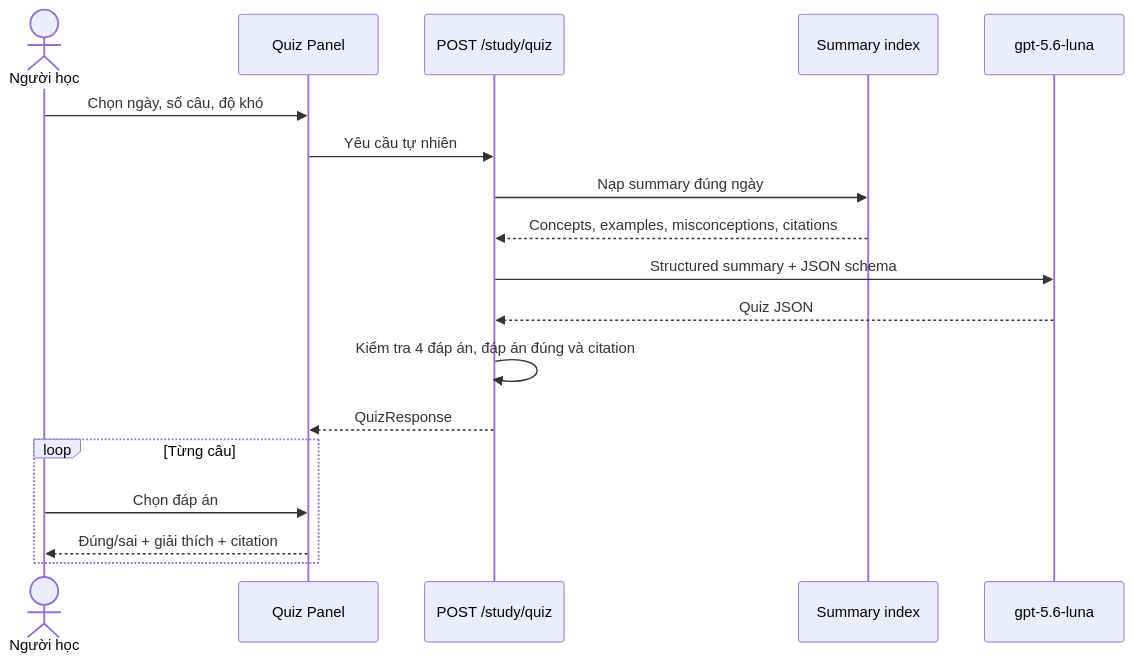
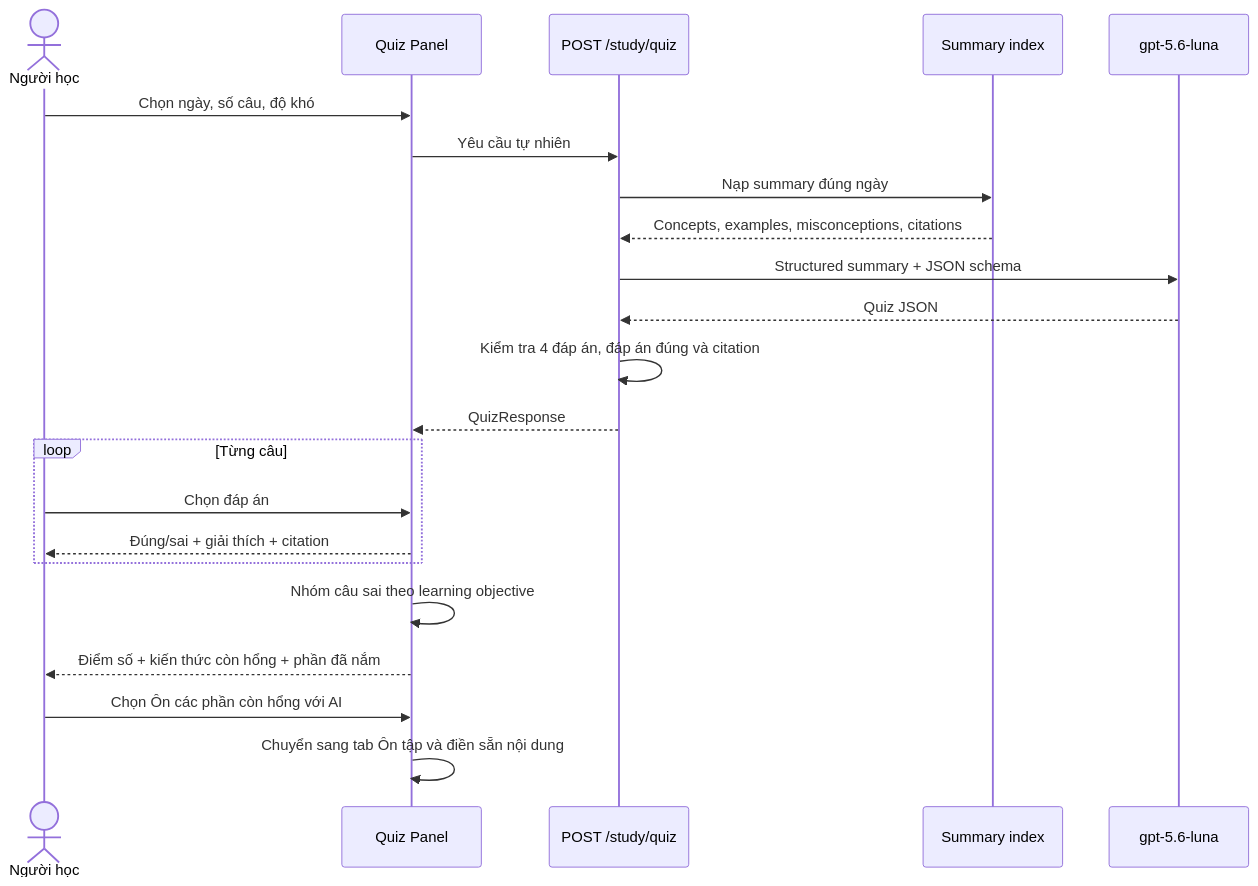
One commit to AhhPamAIVin/K4-hackathon-BaChangLinhNguLam-E403 changed the fifth of 6 diagrams in docs/luong-hoat-dong-3-tinh-nang.md. Above: the diagram before and after it, drawn with Mermaid. The commit also changed 13 other files, not shown here.

````diff
--- a/docs/luong-hoat-dong-3-tinh-nang.md
+++ b/docs/luong-hoat-dong-3-tinh-nang.md
@@ -106,21 +106,25 @@
 ```mermaid
 sequenceDiagram
     actor User as Người học
     participant Panel as Quiz Panel
     participant API as POST /study/quiz
     participant Summary as Summary index
     participant Model as gpt-5.6-luna
 
     User->>Panel: Chọn ngày, số câu, độ khó
     Panel->>API: Yêu cầu tự nhiên
     API->>Summary: Nạp summary đúng ngày
     Summary-->>API: Concepts, examples, misconceptions, citations
     API->>Model: Structured summary + JSON schema
     Model-->>API: Quiz JSON
     API->>API: Kiểm tra 4 đáp án, đáp án đúng và citation
     API-->>Panel: QuizResponse
     loop Từng câu
         User->>Panel: Chọn đáp án
         Panel-->>User: Đúng/sai + giải thích + citation
     end
+    Panel->>Panel: Nhóm câu sai theo learning objective
+    Panel-->>User: Điểm số + kiến thức còn hổng + phần đã nắm
+    User->>Panel: Chọn Ôn các phần còn hổng với AI
+    Panel->>Panel: Chuyển sang tab Ôn tập và điền sẵn nội dung
 ```
````
